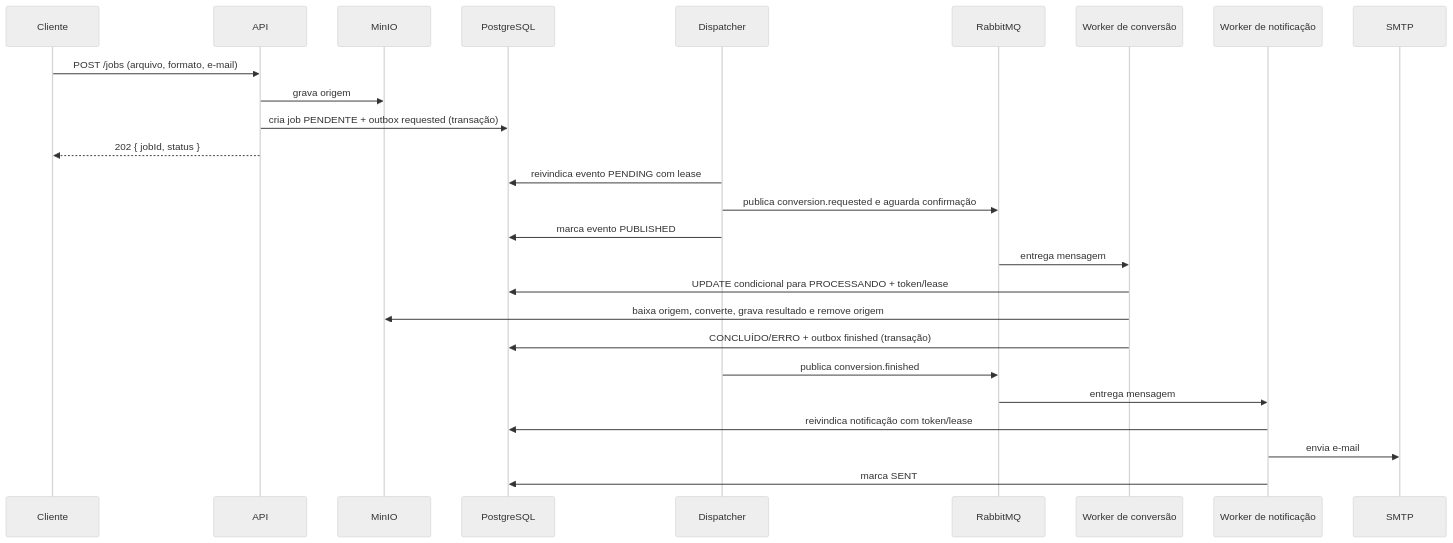
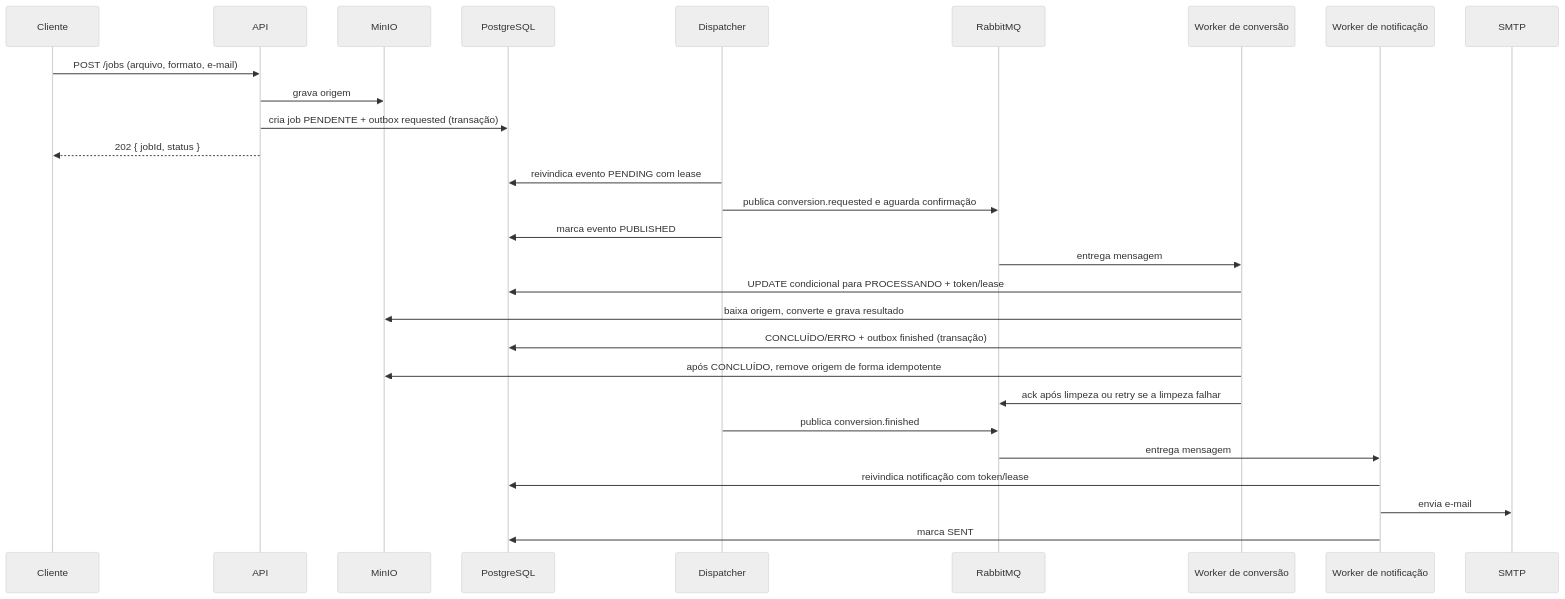
The diagram in docs/sequencia.md (danilo-humberto/conversor-de-arquivos), drawn with Mermaid (neutral theme) before and after one commit. The commit also changed other lines of this file and 26 other files, not shown here.

````diff
--- a/docs/sequencia.md
+++ b/docs/sequencia.md
@@ -3,29 +3,31 @@
 ```mermaid
 sequenceDiagram
   participant C as Cliente
   participant A as API
   participant S as MinIO
   participant D as PostgreSQL
   participant O as Dispatcher
   participant Q as RabbitMQ
   participant W as Worker de conversão
   participant N as Worker de notificação
   participant M as SMTP
 
   C->>A: POST /jobs (arquivo, formato, e-mail)
   A->>S: grava origem
   A->>D: cria job PENDENTE + outbox requested (transação)
   A-->>C: 202 { jobId, status }
   O->>D: reivindica evento PENDING com lease
   O->>Q: publica conversion.requested e aguarda confirmação
   O->>D: marca evento PUBLISHED
   Q->>W: entrega mensagem
   W->>D: UPDATE condicional para PROCESSANDO + token/lease
-  W->>S: baixa origem, converte, grava resultado e remove origem
+  W->>S: baixa origem, converte e grava resultado
   W->>D: CONCLUÍDO/ERRO + outbox finished (transação)
+  W->>S: após CONCLUÍDO, remove origem de forma idempotente
+  W->>Q: ack após limpeza ou retry se a limpeza falhar
   O->>Q: publica conversion.finished
   Q->>N: entrega mensagem
   N->>D: reivindica notificação com token/lease
   N->>M: envia e-mail
   N->>D: marca SENT
 ```
````
